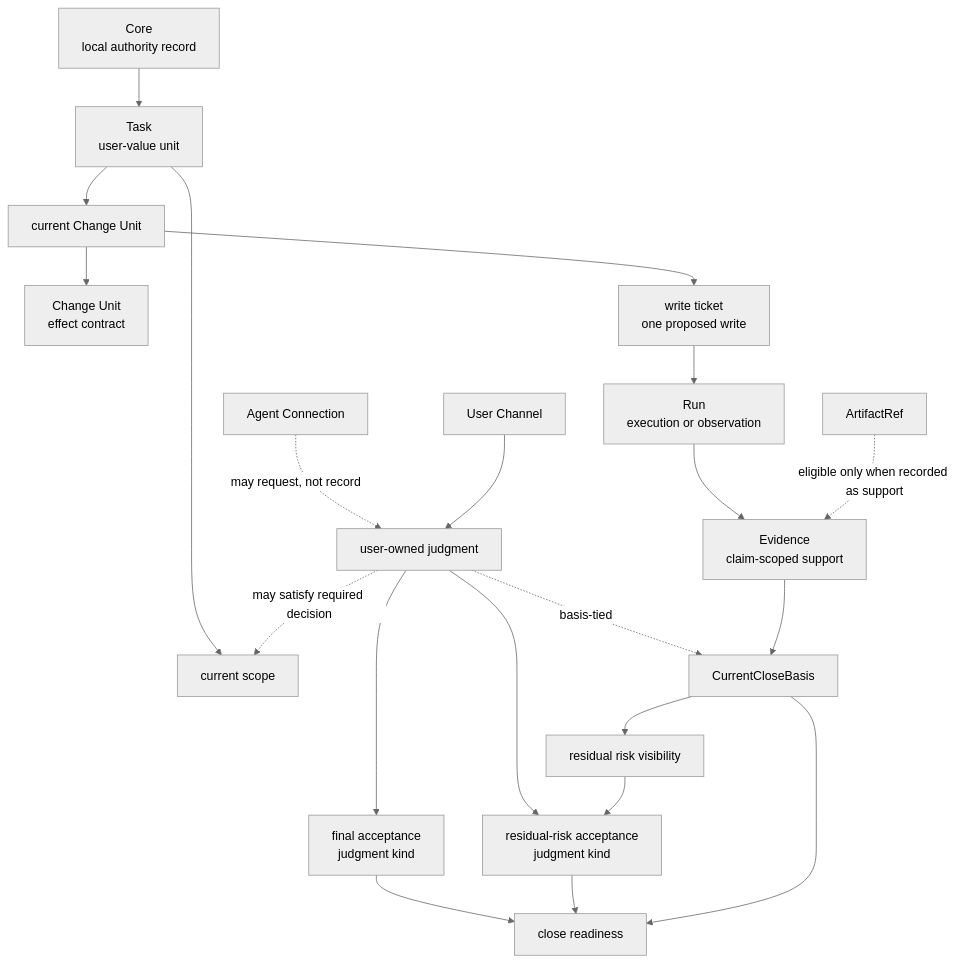
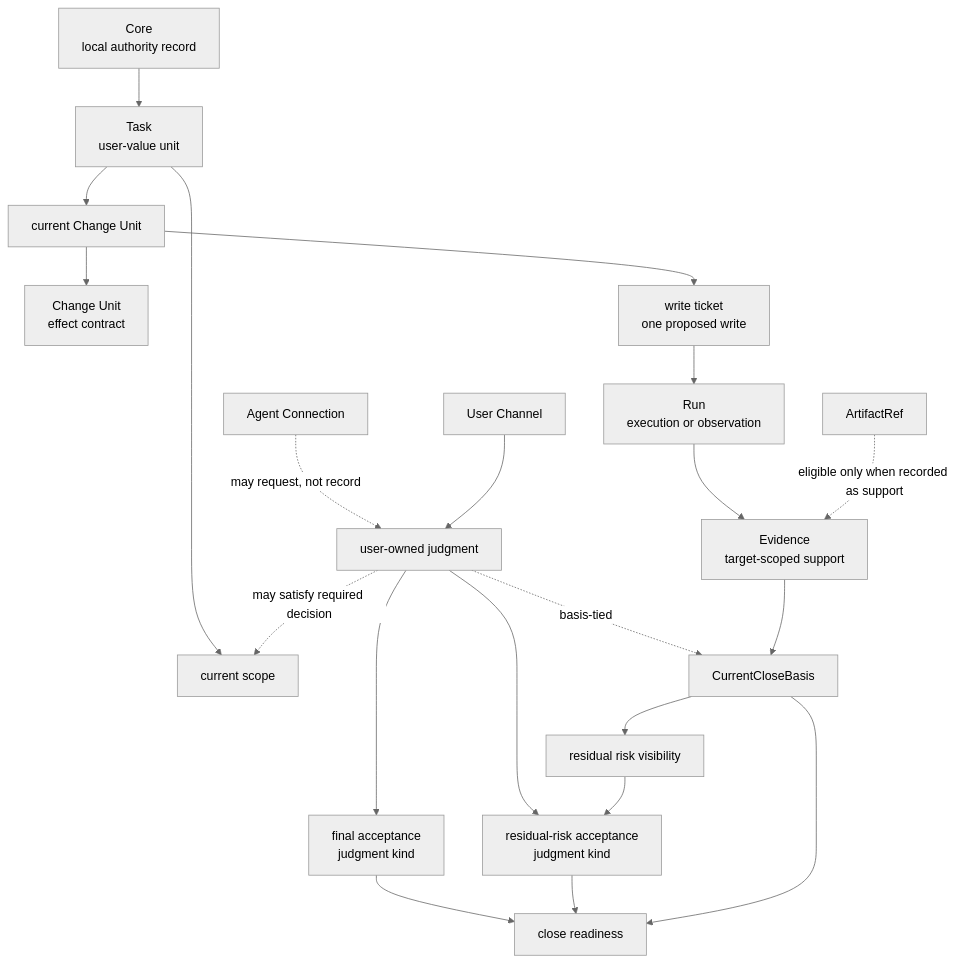
One commit to minjungw00/Volicord changed the first of 2 diagrams in docs/en/reference/core-model.md. Above: the diagram before and after it, drawn with Mermaid (neutral theme). The commit also changed other lines of this file and 80 other files, not shown here.

````diff
--- a/docs/en/reference/core-model.md
+++ b/docs/en/reference/core-model.md
@@ -90,23 +90,23 @@
 ```mermaid
 flowchart TD
     Core["Core<br/>local authority record"] --> Task["Task<br/>user-value unit"]
     Task --> Scope["current scope"]
     Task --> ChangeUnit["current Change Unit"]
     ChangeUnit --> EffectContract["Change Unit<br/>effect contract"]
     ChangeUnit --> WriteTicket["write ticket<br/>one proposed write"]
     WriteTicket --> Run["Run<br/>execution or observation"]
-    Run --> Evidence["Evidence<br/>claim-scoped support"]
+    Run --> Evidence["Evidence<br/>target-scoped support"]
     ArtifactRef["ArtifactRef"] -. "eligible only when recorded as support" .-> Evidence
     AgentConnection["Agent Connection"] -. "may request, not record" .-> Judgment["user-owned judgment"]
     UserChannel["User Channel"] --> Judgment
     Judgment -. "may satisfy required decision" .-> Scope
     Judgment -. "basis-tied" .-> CloseBasis["CurrentCloseBasis"]
     Evidence --> CloseBasis
     Judgment --> FinalAcceptance["final acceptance<br/>judgment kind"]
     Judgment --> RiskAcceptance["residual-risk acceptance<br/>judgment kind"]
     CloseBasis --> ResidualRisk["residual risk visibility"]
     ResidualRisk --> RiskAcceptance
     FinalAcceptance --> CloseReadiness
     RiskAcceptance --> CloseReadiness
     CloseBasis --> CloseReadiness["close readiness"]
 ```
````
